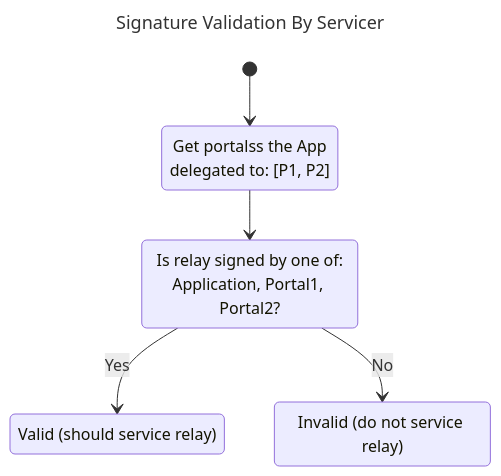
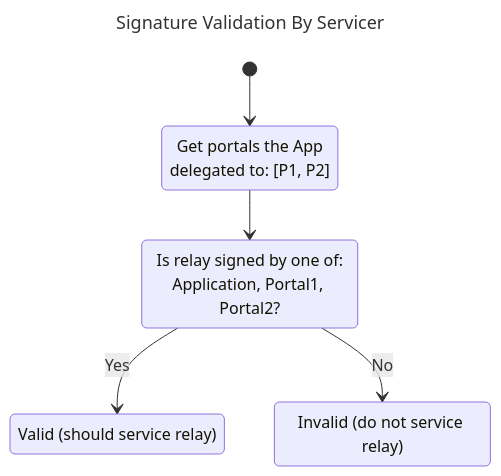
One commit to pokt-network/pocket-network-protocol changed diagram 15 of 16 in utility/README.md. Above: the diagram before and after it, drawn with Mermaid.

Commit message:
s/portalss/portals

````diff
--- a/utility/README.md
+++ b/utility/README.md
@@ -893,17 +893,17 @@
 ```mermaid
 ---
 title: Signature Validation By Servicer
 ---
 stateDiagram-v2
-    state "Get portalss the App<br>delegated to: [P1, P2]" as getPortals
+    state "Get portals the App<br>delegated to: [P1, P2]" as getPortals
     state "Is relay signed by one of:<br>Application, Portal1, Portal2?" as sigCheck
 
     state "Valid (should service relay)" as Valid
     state "Invalid (do not service relay)" as Invalid
 
     [*] --> getPortals
     getPortals --> sigCheck
 
     sigCheck --> Valid: Yes
     sigCheck --> Invalid: No
 ```
````
